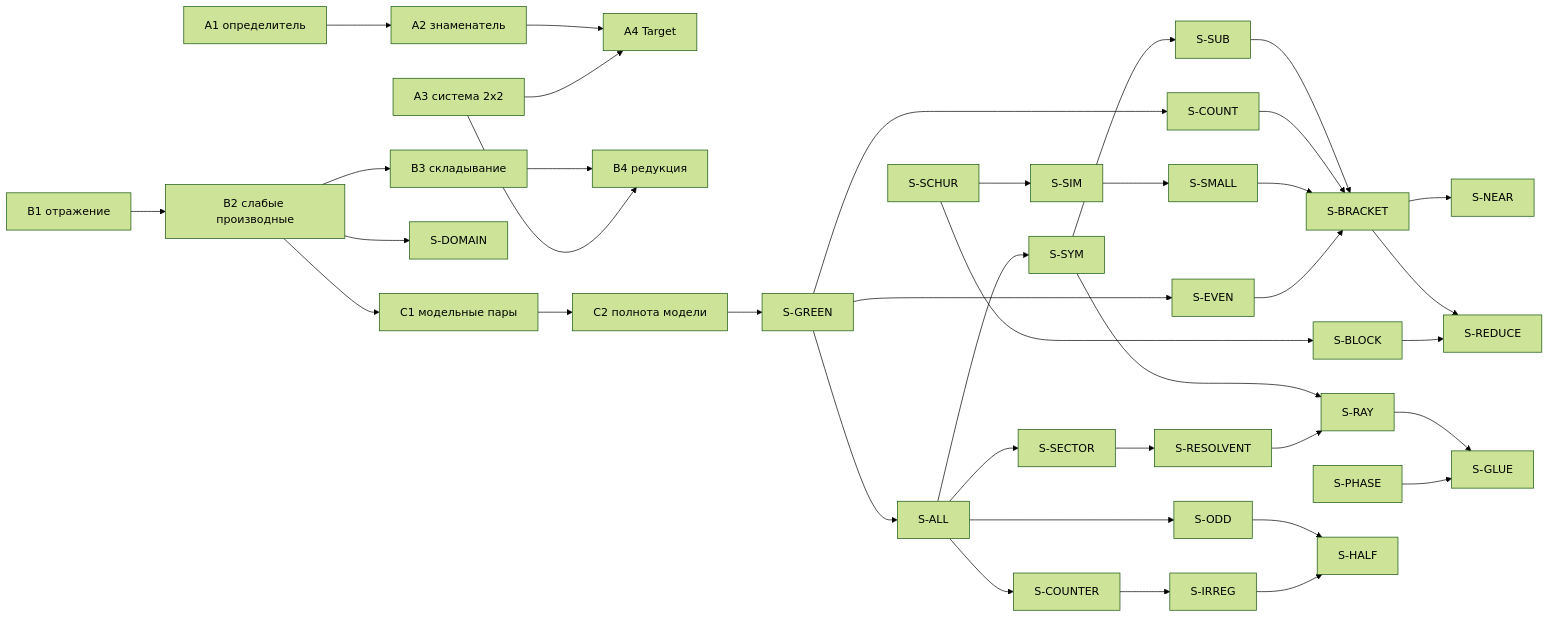
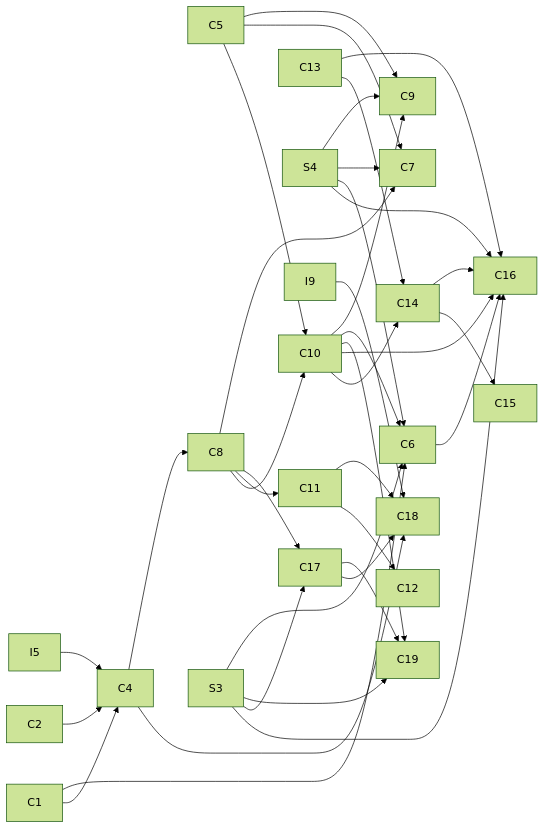
One commit to LeoLourson/Learning-Lean changed the diagram in blueprint.md. Above: the diagram before and after it, drawn with Mermaid (forest theme). The commit also changed other lines of this file and 413 other files, not shown here.

````diff
--- a/blueprint.md
+++ b/blueprint.md
@@ -63,40 +63,39 @@
 ```mermaid
 graph LR
-  A1[A1 определитель] --> A2[A2 знаменатель]
-  A2 --> A4[A4 Target]
-  A3[A3 система 2x2] --> A4
-  B1[B1 отражение] --> B2[B2 слабые производные]
-  B2 --> B3[B3 складывание]
-  B3 --> B4[B4 редукция]
-  A3 --> B4
-  B2 --> SDOM[S-DOMAIN]
-  B2 --> C1[C1 модельные пары]
-  C1 --> C2[C2 полнота модели]
-  C2 --> SG[S-GREEN]
-  SG --> SALL[S-ALL]
-  SG --> SEVEN[S-EVEN]
-  SALL --> SSYM[S-SYM]
-  SSYM --> SSUB[S-SUB]
-  SCH[S-SCHUR] --> SSIM[S-SIM]
-  SSIM --> SSMALL[S-SMALL]
-  SG --> SCOUNT[S-COUNT]
-  SSUB --> SBR[S-BRACKET]
-  SCOUNT --> SBR
-  SSMALL --> SBR
-  SEVEN --> SBR
-  SBR --> SNEAR[S-NEAR]
-  SCH --> SBLOCK[S-BLOCK]
-  SBR --> SRED[S-REDUCE]
-  SBLOCK --> SRED
-  SALL --> SODD[S-ODD]
-  SALL --> SSEC[S-SECTOR]
-  SSEC --> SRES[S-RESOLVENT]
-  SSYM --> SRAY[S-RAY]
-  SRES --> SRAY
-  SRAY --> SGLUE[S-GLUE]
-  SPH[S-PHASE] --> SGLUE
-  SODD --> SHALF[S-HALF]
-  SIRR --> SHALF
-  SALL --> SCNT[S-COUNTER]
-  SCNT --> SIRR[S-IRREG]
+  C5[C5] --> C10[C10]
+  C8[C8] --> C10[C10]
+  C8[C8] --> C11[C11]
+  C11[C11] --> C12[C12]
+  C10[C10] --> C14[C14]
+  C13[C13] --> C14[C14]
+  C14[C14] --> C15[C15]
+  C6[C6] --> C16[C16]
+  C10[C10] --> C16[C16]
+  C13[C13] --> C16[C16]
+  C14[C14] --> C16[C16]
+  S3[S3] --> C16[C16]
+  S4[S4] --> C16[C16]
+  C8[C8] --> C17[C17]
+  S3[S3] --> C17[C17]
+  C4[C4] --> C18[C18]
+  C11[C11] --> C18[C18]
+  C17[C17] --> C18[C18]
+  I9[I9] --> C18[C18]
+  C10[C10] --> C19[C19]
+  C17[C17] --> C19[C19]
+  S3[S3] --> C19[C19]
+  C1[C1] --> C4[C4]
+  C2[C2] --> C4[C4]
+  I5[I5] --> C4[C4]
+  C1[C1] --> C6[C6]
+  C10[C10] --> C6[C6]
+  S3[S3] --> C6[C6]
+  S4[S4] --> C6[C6]
+  C5[C5] --> C7[C7]
+  C8[C8] --> C7[C7]
+  S4[S4] --> C7[C7]
+  C4[C4] --> C8[C8]
+  C5[C5] --> C9[C9]
+  C10[C10] --> C9[C9]
+  S4[S4] --> C9[C9]
 ```
````
